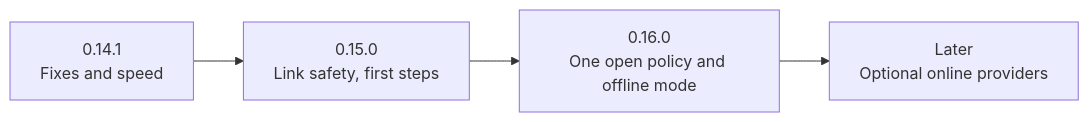
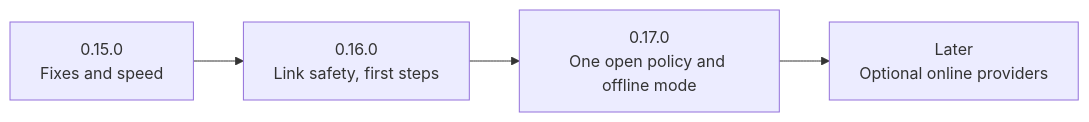
The diagram in Plans/ROADMAP.md (TheTobiGit/junction), drawn with Mermaid before and after one commit. The commit also changed other lines of this file, not shown here.

Commit message:
docs: renumber the roadmap after release-please named the next release 0.15.0

````diff
--- a/Plans/ROADMAP.md
+++ b/Plans/ROADMAP.md
@@ -7,6 +7,6 @@
 ```mermaid
 flowchart LR
-  A["0.14.1<br/>Fixes and speed"] --> B["0.15.0<br/>Link safety, first steps"]
-  B --> C["0.16.0<br/>One open policy and offline mode"]
+  A["0.15.0<br/>Fixes and speed"] --> B["0.16.0<br/>Link safety, first steps"]
+  B --> C["0.17.0<br/>One open policy and offline mode"]
   C --> D["Later<br/>Optional online providers"]
 ```
````
